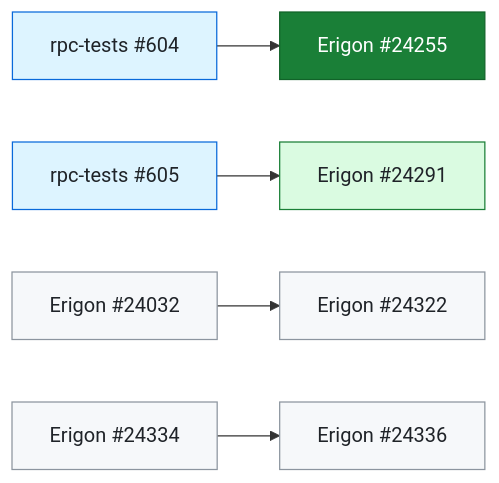
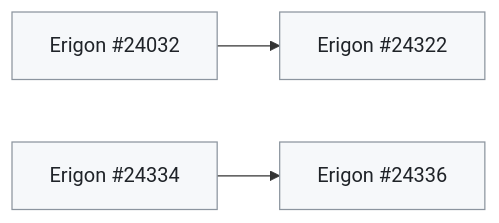
Before and after one commit to banteg/trace-interop: the first of 3 diagrams in docs/client-fixes.md, drawn with Mermaid. The commit also changed other lines of this file and 3 other files, not shown here.

First line of the commit message:
docs(fixes): draw only the remaining steps in fix diagrams

````diff
--- a/docs/client-fixes.md
+++ b/docs/client-fixes.md
@@ -25,19 +25,10 @@
 ```mermaid
 flowchart LR
-  Erigon_24255["Erigon #24255"]:::verified
-  rpc_tests_604["rpc-tests #604"]:::merged
-  Erigon_24291["Erigon #24291"]:::in_measured_build
-  rpc_tests_605["rpc-tests #605"]:::merged
   Erigon_24322["Erigon #24322"]:::open
   Erigon_24032["Erigon #24032"]:::open
   Erigon_24336["Erigon #24336"]:::open
   Erigon_24334["Erigon #24334"]:::open
-  rpc_tests_604 --> Erigon_24255
-  rpc_tests_605 --> Erigon_24291
   Erigon_24032 --> Erigon_24322
   Erigon_24334 --> Erigon_24336
   classDef open fill:#f6f8fa,stroke:#8c959f,color:#1f2328
-  classDef merged fill:#ddf4ff,stroke:#0969da,color:#1f2328
-  classDef in_measured_build fill:#dafbe1,stroke:#1a7f37,color:#1f2328
-  classDef verified fill:#1a7f37,stroke:#116329,color:#ffffff
 ```
````
